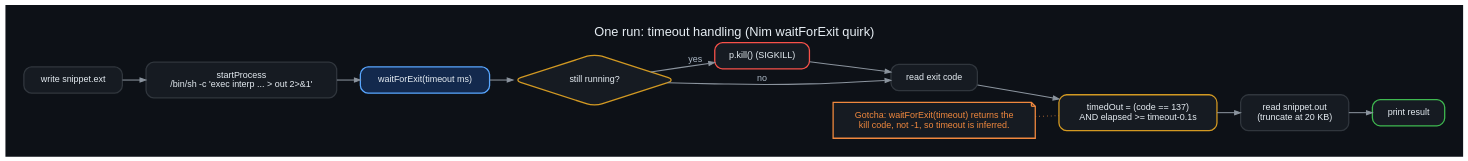
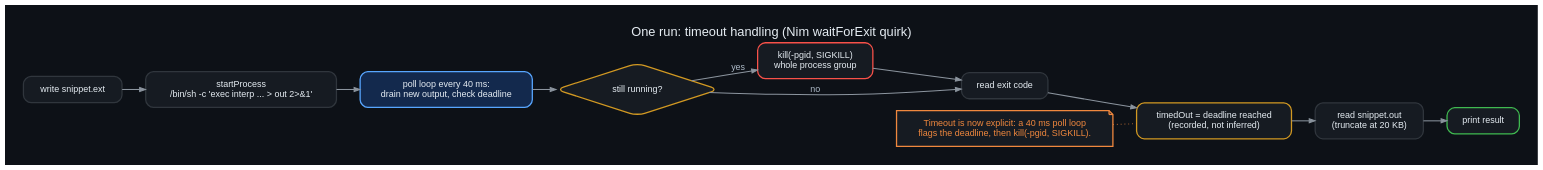
Before and after one commit to danindiana/nim-compute-sandbox-tui: the diagram in diagrams/03_run_lifecycle.dot, drawn with Graphviz. The commit also changed 12 other files, not shown here.

Commit message:
Run hardening: process-group kill, prlimit limits, sessions + quota, live streaming, --run JSON CLI, diagram 13

```diff
--- a/diagrams/03_run_lifecycle.dot
+++ b/diagrams/03_run_lifecycle.dot
@@ -1,10 +1,10 @@
 digraph life {
  graph [bgcolor="#0d1117", fontname="Helvetica", fontcolor="#e6edf3", labelloc="t", fontsize=20, pad=0.4];
  node [fontname="Helvetica", fontcolor="#e6edf3", color="#30363d", style="filled,rounded", shape=box, penwidth=2, margin="0.25,0.18", fillcolor="#161b22"];
  edge [color="#8b949e", fontname="Helvetica", fontcolor="#adbac7", penwidth=1.6, arrowsize=0.9]; rankdir=LR; label="One run: timeout handling (Nim waitForExit quirk)";
- a [label="write snippet.ext"]; b [label="startProcess\n/bin/sh -c 'exec interp ... > out 2>&1'"]; c [label="waitForExit(timeout ms)", color="#58a6ff", fillcolor="#13294d"];
- d [label="still running?", shape=diamond, color="#d29922"]; e [label="p.kill() (SIGKILL)", color="#f85149"]; f [label="read exit code"];
- g [label="timedOut = (code == 137)\nAND elapsed >= timeout-0.1s", color="#d29922"]; h [label="read snippet.out\n(truncate at 20 KB)"]; i [label="print result", color="#3fb950"];
- q [shape=note, color="#f0883e", fontcolor="#f0883e", label="Gotcha: waitForExit(timeout) returns the\nkill code, not -1, so timeout is inferred."];
+ a [label="write snippet.ext"]; b [label="startProcess\n/bin/sh -c 'exec interp ... > out 2>&1'"]; c [label="poll loop every 40 ms:\ndrain new output, check deadline", color="#58a6ff", fillcolor="#13294d"];
+ d [label="still running?", shape=diamond, color="#d29922"]; e [label="kill(-pgid, SIGKILL)\nwhole process group", color="#f85149"]; f [label="read exit code"];
+ g [label="timedOut = deadline reached\n(recorded, not inferred)", color="#d29922"]; h [label="read snippet.out\n(truncate at 20 KB)"]; i [label="print result", color="#3fb950"];
+ q [shape=note, color="#f0883e", fontcolor="#f0883e", label="Timeout is now explicit: a 40 ms poll loop\nflags the deadline, then kill(-pgid, SIGKILL)."];
  a->b->c->d; d->e [label="yes"]; d->f [label="no"]; e->f; f->g->h->i; q->g [style=dotted, arrowhead=none, color="#f0883e"];
 }
```
